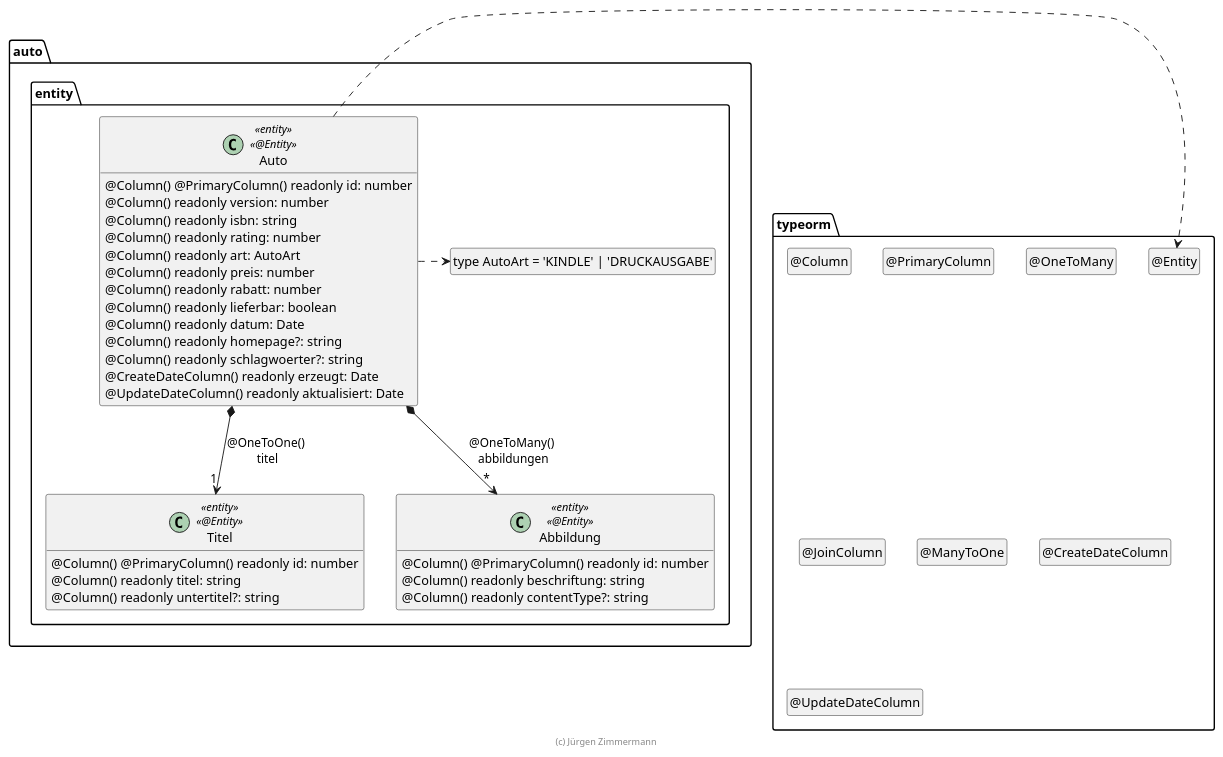
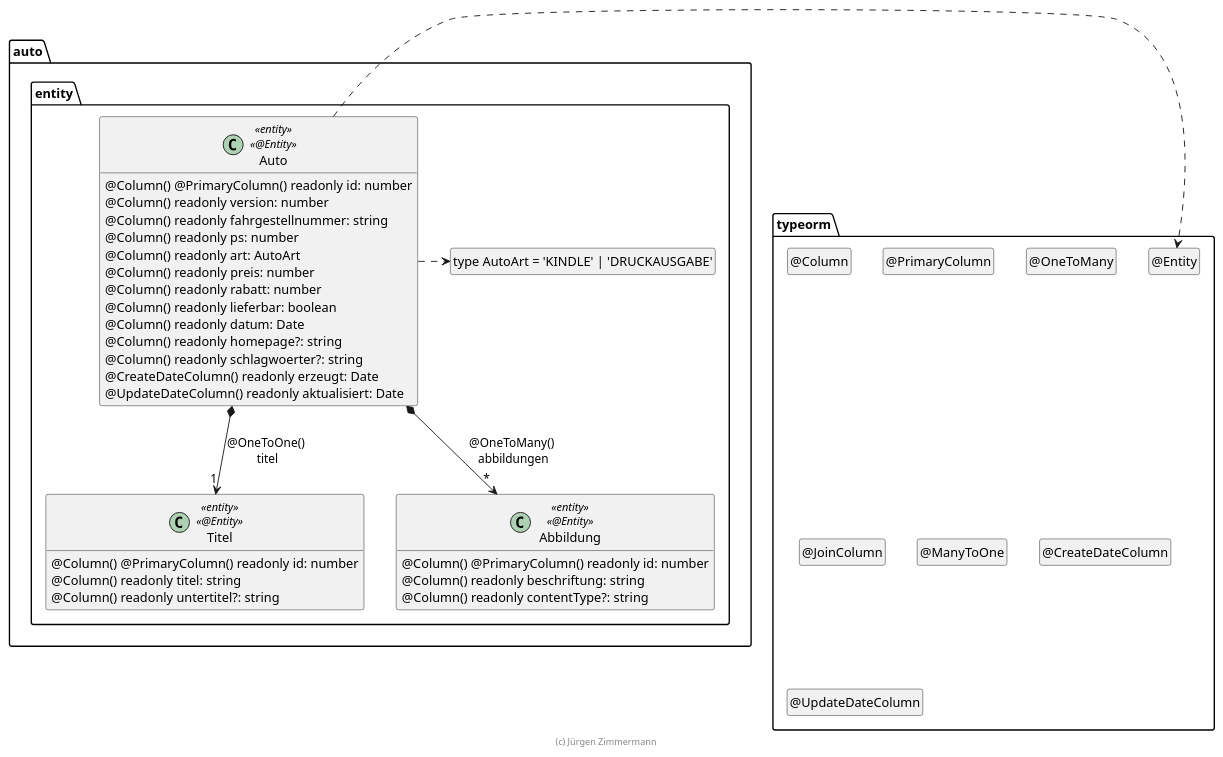
Before and after one commit to dominikwipfler/swe: the diagram in .extras/doc/projekthandbuch/Auto.plantuml, drawn with PlantUML. The commit also changed 41 other files, not shown here.

Commit message:
Attribute angepasst (isbn -> fahrgestellnummer, rating -> ps, titel -> modell)

```diff
--- a/.extras/doc/projekthandbuch/Auto.plantuml
+++ b/.extras/doc/projekthandbuch/Auto.plantuml
@@ -18,65 +18,65 @@
 @startuml Entity
 
 package typeorm {
   class "@Entity" as Entity
   hide Entity circle
   class "@Column" as Column
   hide Column circle
   class "@PrimaryColumn" as PrimaryColumn
   hide PrimaryColumn circle
   class "@OneToMany" as OneToMany
   hide OneToMany circle
   class "@JoinColumn" as JoinColumn
   hide JoinColumn circle
   class "@ManyToOne" as ManyToOne
   hide ManyToOne circle
   class "@CreateDateColumn" as CreateDateColumn
   hide CreateDateColumn circle
   class "@UpdateDateColumn" as UpdateDateColumn
   hide UpdateDateColumn circle
 }
 
 package auto.entity {
   class "type AutoArt = 'KINDLE' | 'DRUCKAUSGABE'" as AutoArt
   hide AutoArt circle
 
   class Auto <<entity>> <<@Entity>> {
     @Column() @PrimaryColumn() readonly id: number
     @Column() readonly version: number
-    @Column() readonly isbn: string
-    @Column() readonly rating: number
+    @Column() readonly fahrgestellnummer: string
+    @Column() readonly ps: number
     @Column() readonly art: AutoArt
     @Column() readonly preis: number
     @Column() readonly rabatt: number
     @Column() readonly lieferbar: boolean
     @Column() readonly datum: Date
     @Column() readonly homepage?: string
     @Column() readonly schlagwoerter?: string
     @CreateDateColumn() readonly erzeugt: Date
     @UpdateDateColumn() readonly aktualisiert: Date
   }
 
   class Titel <<entity>> <<@Entity>> {
     @Column() @PrimaryColumn() readonly id: number
     @Column() readonly titel: string
     @Column() readonly untertitel?: string
   }
 
   class Abbildung <<entity>> <<@Entity>> {
     @Column() @PrimaryColumn() readonly id: number
     @Column() readonly beschriftung: string
     @Column() readonly contentType?: string
   }
 
   Auto *--> "1" Titel : @OneToOne() \ntitel
   Auto *--> "*" Abbildung : @OneToMany() \nabbildungen
 
   Auto .right.> Entity
   Auto .right.> AutoArt
 }
 
 hide empty members
 
 footer (c) Jürgen Zimmermann
 
 @enduml
```
